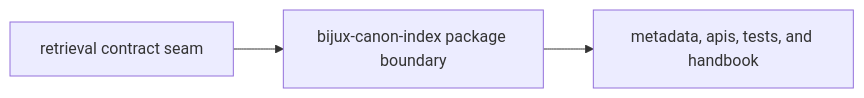
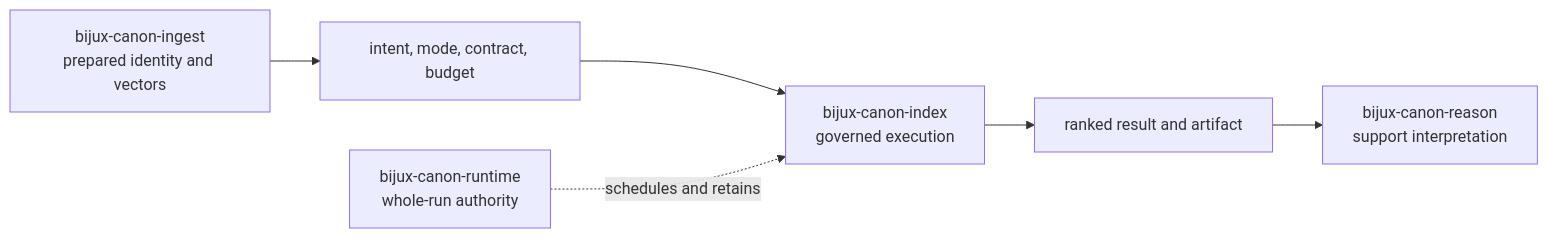
One commit to bijux/bijux-canon changed the first of 2 diagrams in docs/03-bijux-canon-index/foundation/repository-fit.md. Above: the diagram before and after it, drawn with Mermaid. The commit also changed other lines of this file and 2 other files, not shown here.

Commit message:
docs(index): define execution ownership invariants

````diff
--- a/docs/03-bijux-canon-index/foundation/repository-fit.md
+++ b/docs/03-bijux-canon-index/foundation/repository-fit.md
@@ -16,8 +19,12 @@
 ```mermaid
 flowchart LR
-    seam["retrieval contract seam"]
-    package["bijux-canon-index package boundary"]
-    proof["metadata, apis, tests, and handbook"]
+    ingest["bijux-canon-ingest<br/>prepared identity and vectors"]
+    request["intent, mode, contract, budget"]
+    index["bijux-canon-index<br/>governed execution"]
+    result["ranked result and artifact"]
+    reason["bijux-canon-reason<br/>support interpretation"]
+    runtime["bijux-canon-runtime<br/>whole-run authority"]
 
-    seam --> package --> proof
+    ingest --> request --> index --> result --> reason
+    runtime -. "schedules and retains" .-> index
 ```
````
